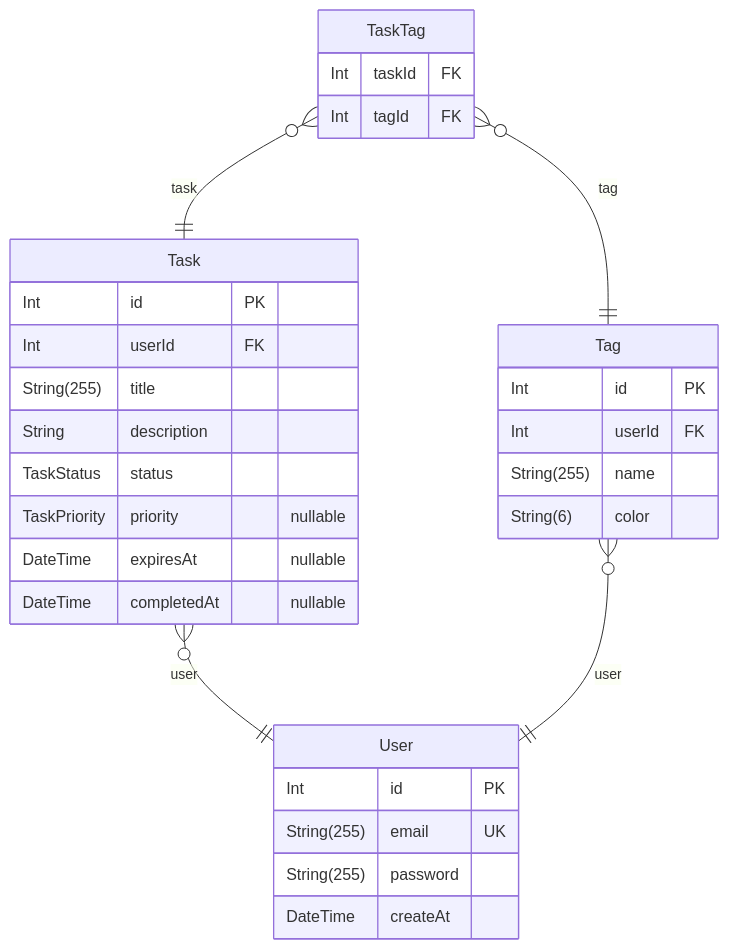
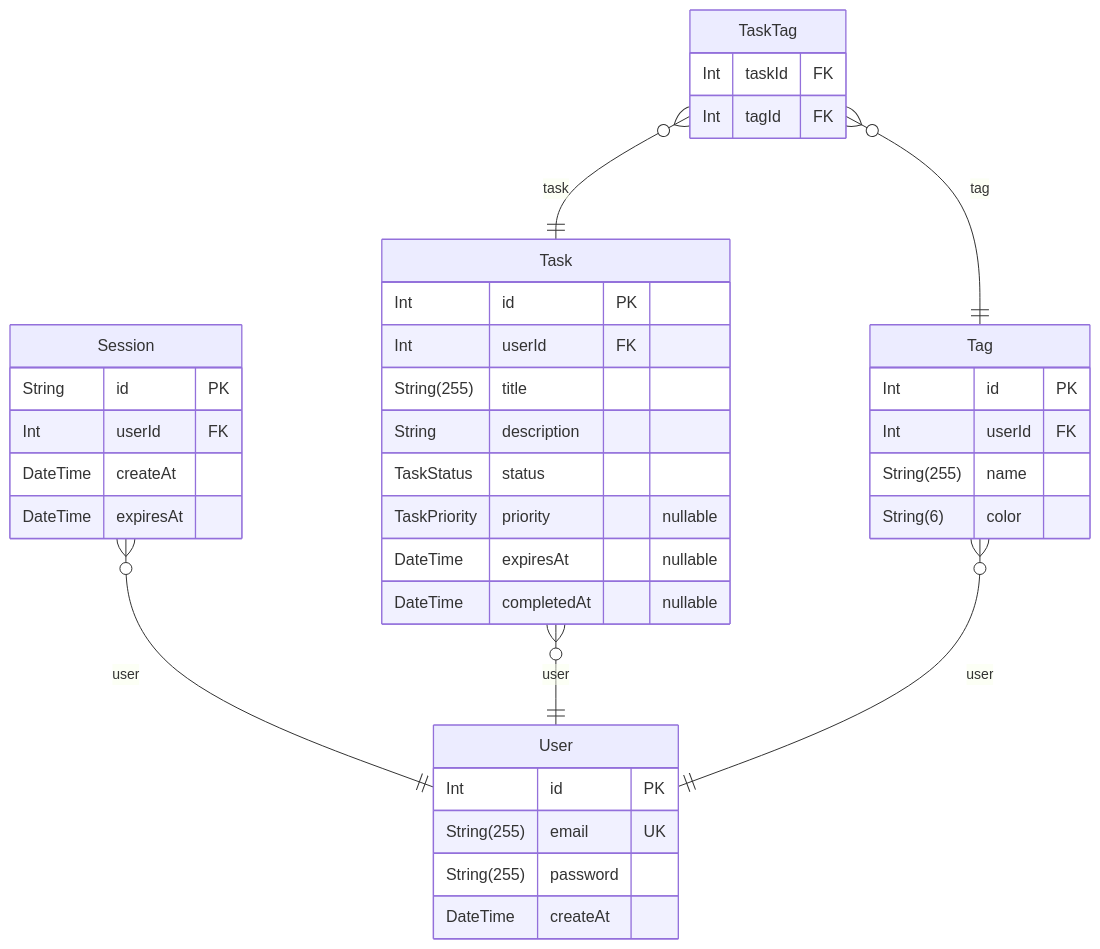
Before and after one commit to otaotakahiro/todo-worker: the diagram in ERD.md, drawn with Mermaid. The commit also changed other lines of this file and 8 other files, not shown here.

````diff
--- a/ERD.md
+++ b/ERD.md
@@ -9,33 +9,40 @@
 ```mermaid
 erDiagram
+"Session" {
+  String id PK
+  Int userId FK
+  DateTime createAt
+  DateTime expiresAt
+}
 "User" {
   Int id PK
   String(255) email UK
   String(255) password
   DateTime createAt
 }
 "Task" {
   Int id PK
   Int userId FK
   String(255) title
   String description
   TaskStatus status
   TaskPriority priority "nullable"
   DateTime expiresAt "nullable"
   DateTime completedAt "nullable"
 }
 "Tag" {
   Int id PK
   Int userId FK
   String(255) name
   String(6) color
 }
 "TaskTag" {
   Int taskId FK
   Int tagId FK
 }
+"Session" }o--|| "User" : user
 "Task" }o--|| "User" : user
 "Tag" }o--|| "User" : user
 "TaskTag" }o--|| "Task" : task
 "TaskTag" }o--|| "Tag" : tag
 ```
````
